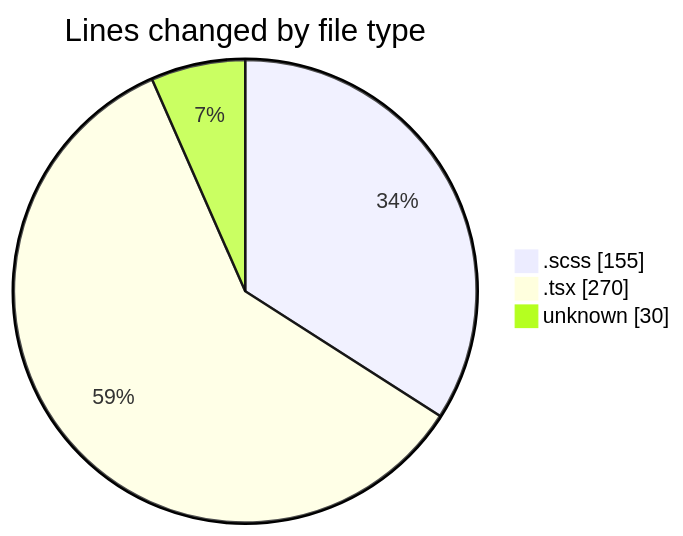
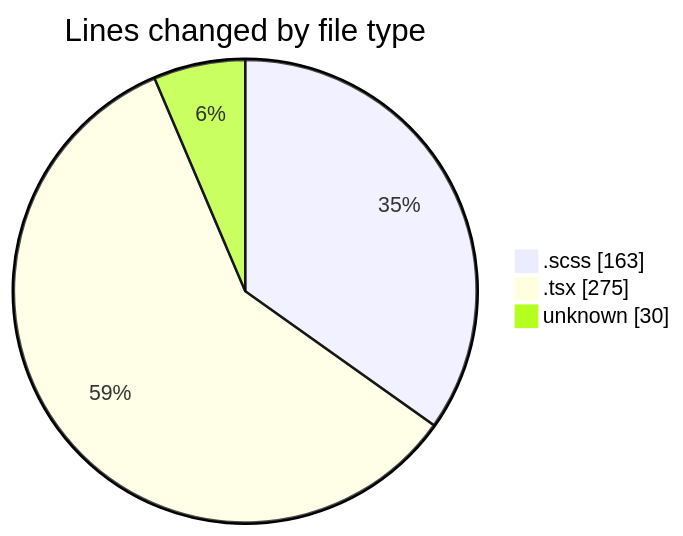
The first of 2 diagrams in 2025-03-05/cda/README.md (momahboobian/code-tracking), drawn with Mermaid before and after one commit. The commit also changed other lines of this file and 1 other file, not shown here.

````diff
--- a/2025-03-05/cda/README.md
+++ b/2025-03-05/cda/README.md
@@ -25,7 +25,7 @@
 ```mermaid
 pie showData
 title Lines changed by file type
-".scss" : 155
-".tsx" : 270
+".scss" : 163
+".tsx" : 275
 "unknown" : 30
 ```
````
